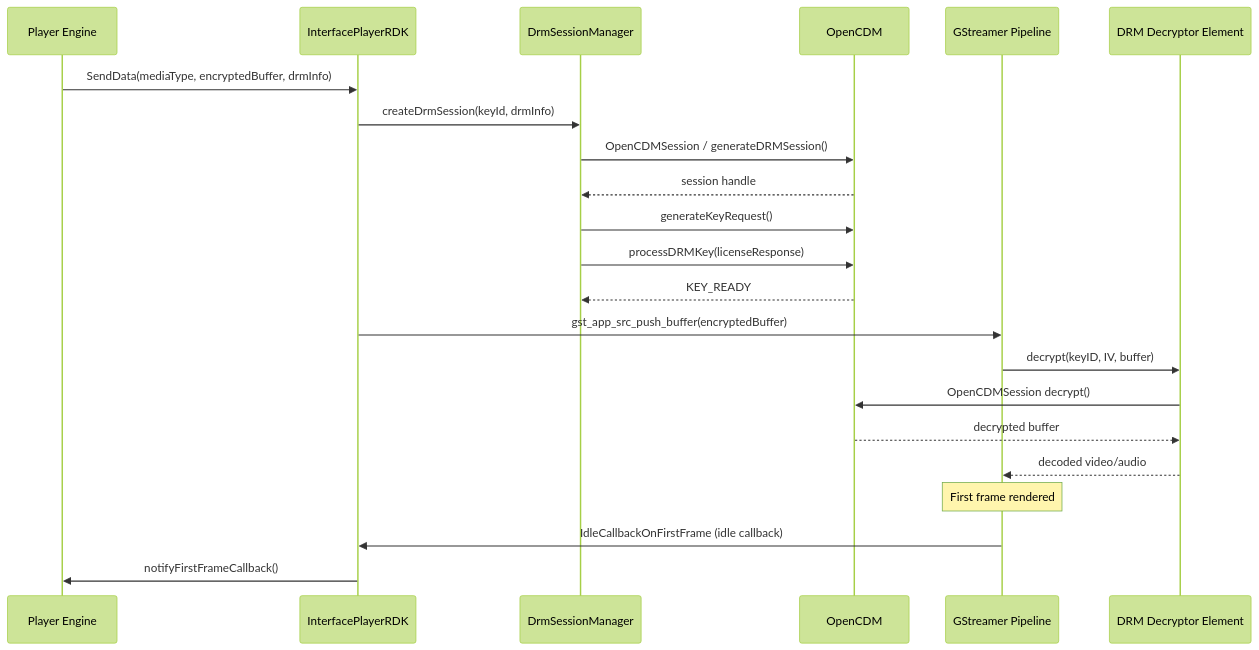
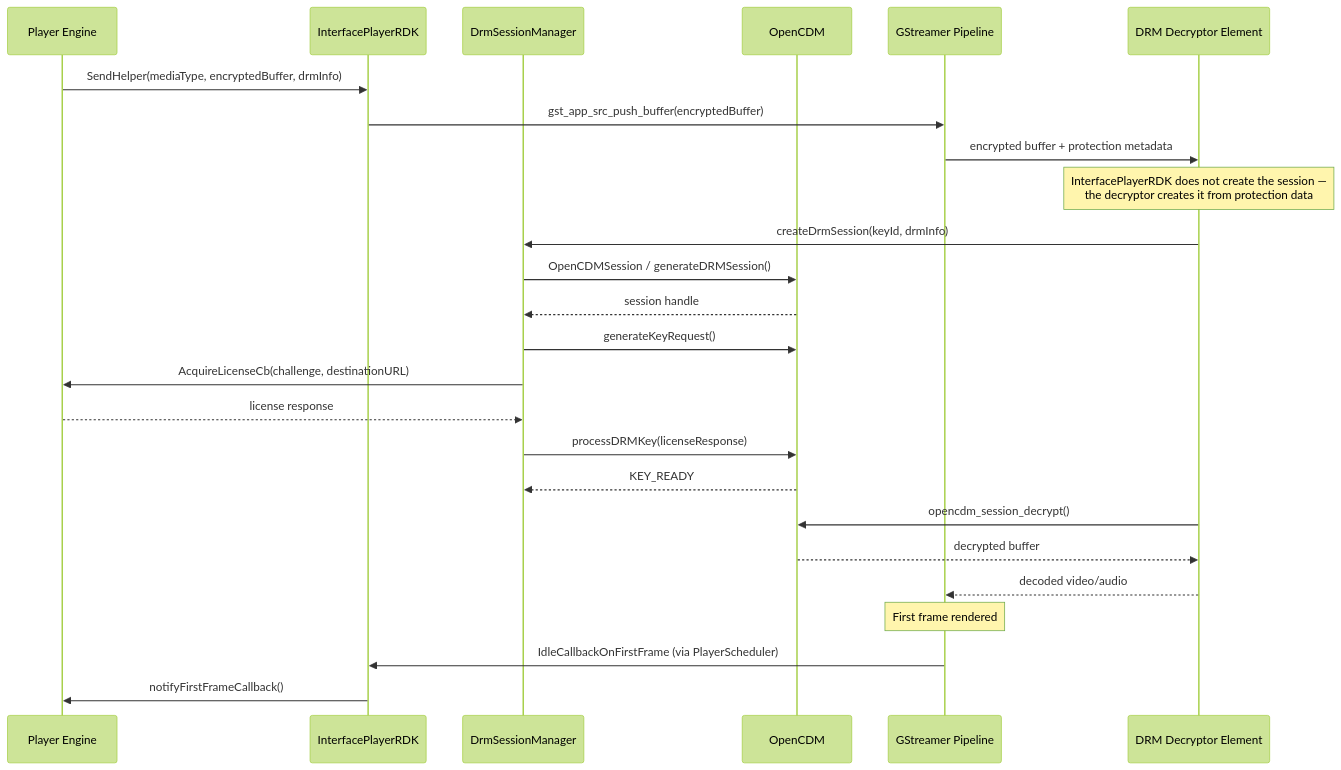
The fifth of 7 diagrams in README.md (rdkcentral/middleware-player-interface), drawn with Mermaid (forest theme) before and after one commit. The commit also changed other lines of this file, not shown here.

````diff
--- a/README.md
+++ b/README.md
@@ -263,27 +263,30 @@
 ```mermaid
 sequenceDiagram
     participant Engine as Player Engine
     participant MPI as InterfacePlayerRDK
     participant DrmMgr as DrmSessionManager
     participant OCDM as OpenCDM
     participant GST as GStreamer Pipeline
     participant DecryptPlugin as DRM Decryptor Element
 
-    Engine->>MPI: SendData(mediaType, encryptedBuffer, drmInfo)
-    MPI->>DrmMgr: createDrmSession(keyId, drmInfo)
+    Engine->>MPI: SendHelper(mediaType, encryptedBuffer, drmInfo)
+    MPI->>GST: gst_app_src_push_buffer(encryptedBuffer)
+    GST->>DecryptPlugin: encrypted buffer + protection metadata
+    Note over DecryptPlugin: InterfacePlayerRDK does not create the session —<br/>the decryptor creates it from protection data
+    DecryptPlugin->>DrmMgr: createDrmSession(keyId, drmInfo)
     DrmMgr->>OCDM: OpenCDMSession / generateDRMSession()
     OCDM-->>DrmMgr: session handle
     DrmMgr->>OCDM: generateKeyRequest()
+    DrmMgr->>Engine: AcquireLicenseCb(challenge, destinationURL)
+    Engine-->>DrmMgr: license response
     DrmMgr->>OCDM: processDRMKey(licenseResponse)
     OCDM-->>DrmMgr: KEY_READY
 
-    MPI->>GST: gst_app_src_push_buffer(encryptedBuffer)
-    GST->>DecryptPlugin: decrypt(keyID, IV, buffer)
-    DecryptPlugin->>OCDM: OpenCDMSession decrypt()
+    DecryptPlugin->>OCDM: opencdm_session_decrypt()
     OCDM-->>DecryptPlugin: decrypted buffer
     DecryptPlugin-->>GST: decoded video/audio
 
     Note over GST: First frame rendered
-    GST->>MPI: IdleCallbackOnFirstFrame (idle callback)
+    GST->>MPI: IdleCallbackOnFirstFrame (via PlayerScheduler)
     MPI->>Engine: notifyFirstFrameCallback()
 ```
````
